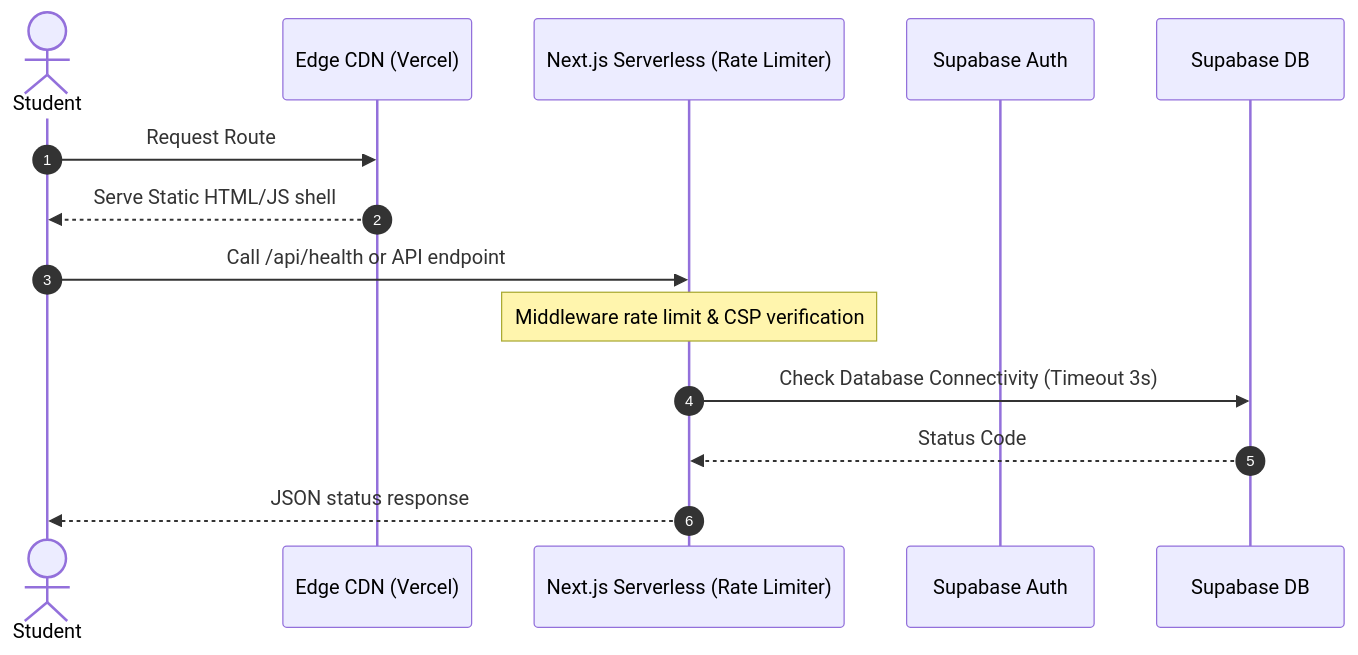
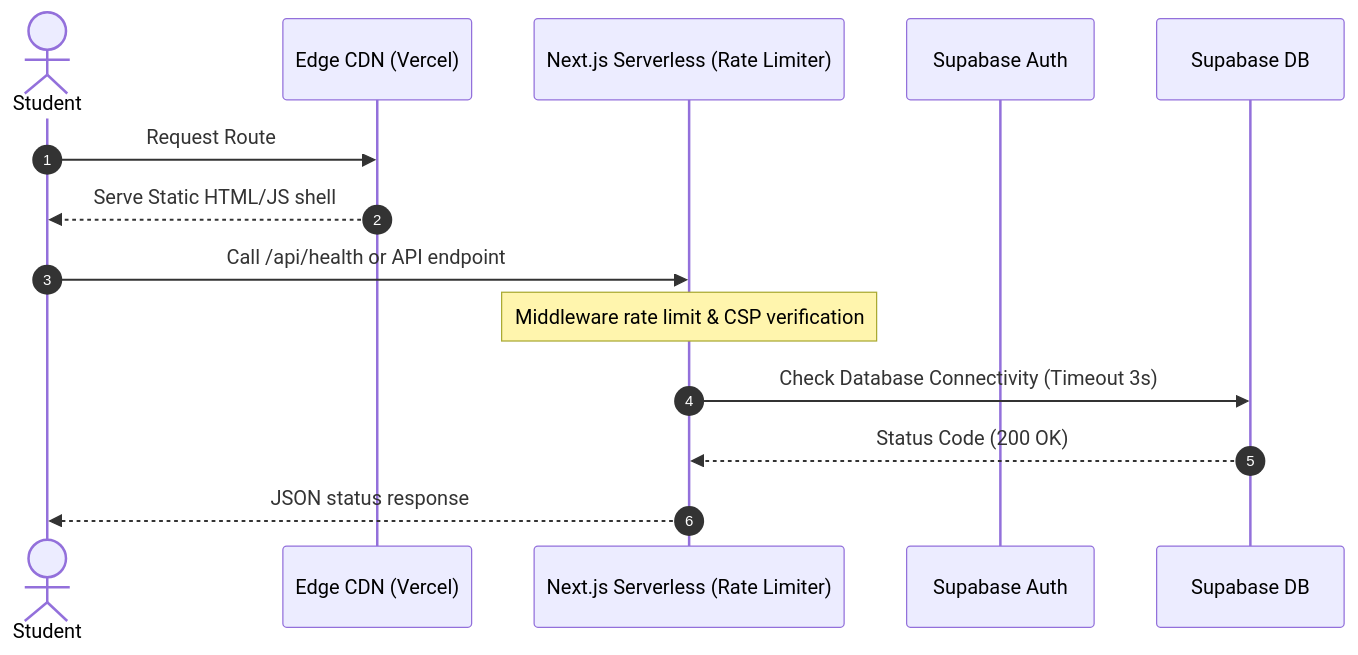
The diagram in docs/production_readiness_report.md (Dhanush-kumar-m/CareerBridge-AI), drawn with Mermaid before and after one commit. The commit also changed other lines of this file and 5 other files, not shown here.

````diff
--- a/docs/production_readiness_report.md
+++ b/docs/production_readiness_report.md
@@ -15,17 +15,17 @@
 ```mermaid
 sequenceDiagram
     autonumber
     actor Student
     participant Edge as Edge CDN (Vercel)
     participant NextServer as Next.js Serverless (Rate Limiter)
     participant SupaAuth as Supabase Auth
     participant SupaDB as Supabase DB
 
     Student->>Edge: Request Route
     Edge-->>Student: Serve Static HTML/JS shell
     Student->>NextServer: Call /api/health or API endpoint
     Note over NextServer: Middleware rate limit & CSP verification
     NextServer->>SupaDB: Check Database Connectivity (Timeout 3s)
-    SupaDB-->>NextServer: Status Code
+    SupaDB-->>NextServer: Status Code (200 OK)
     NextServer-->>Student: JSON status response
 ```
````
